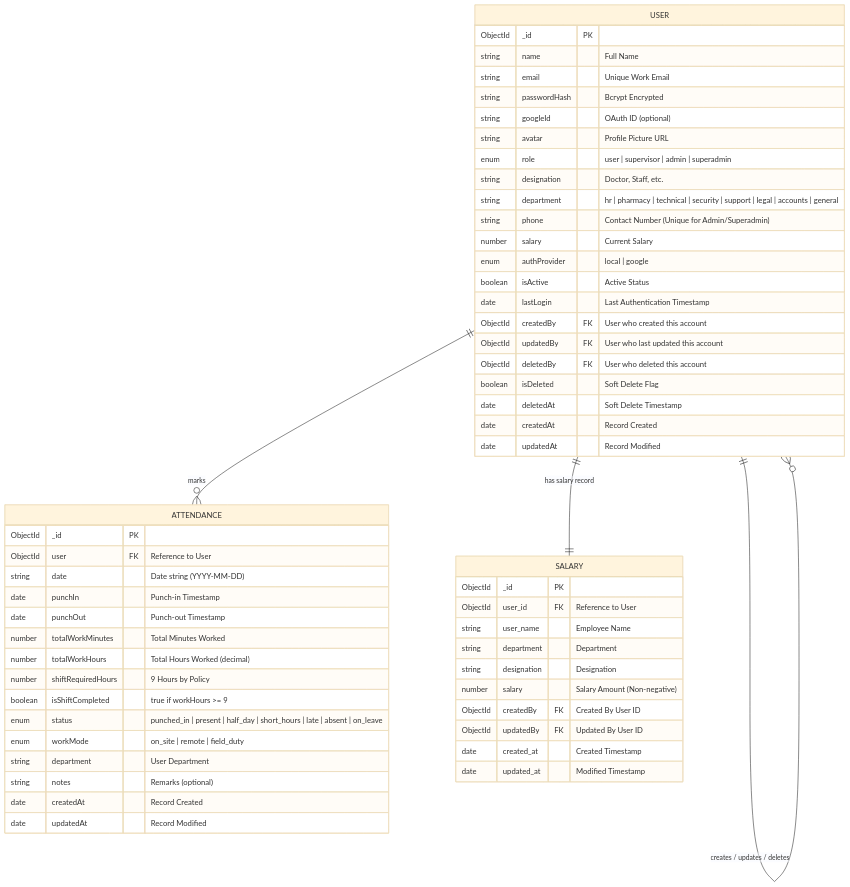
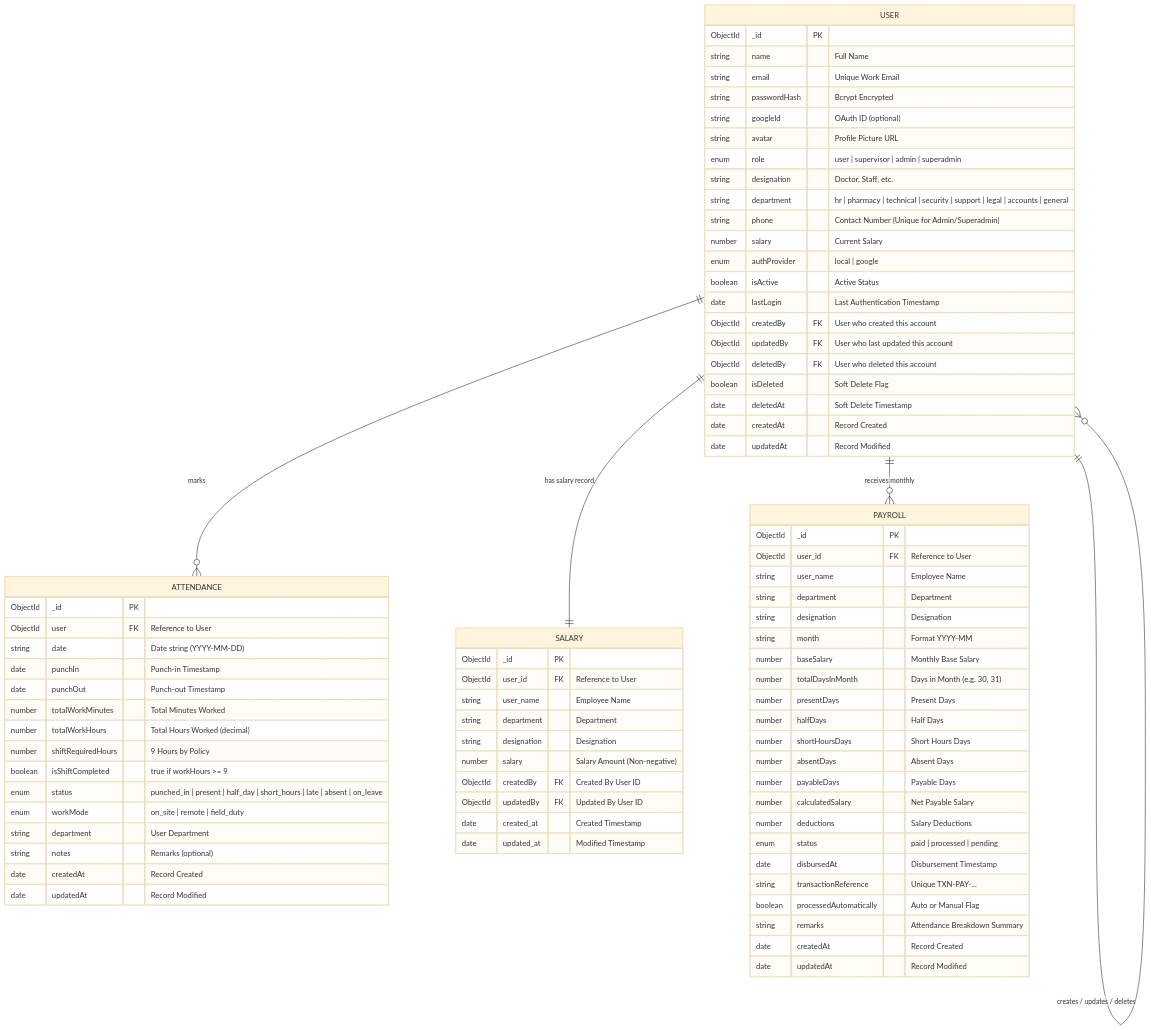
Before and after one commit to WaliaJatin42/MediPulseHospital: the first of 4 diagrams in README.md, drawn with Mermaid (base theme). The commit also changed other lines of this file and 14 other files, not shown here.

```diff
--- a/README.md
+++ b/README.md
@@ -26,6 +35,7 @@
     USER ||--o{ USER : "creates / updates / deletes"
     USER ||--o{ ATTENDANCE : "marks"
     USER ||--|| SALARY : "has salary record"
+    USER ||--o{ PAYROLL : "receives monthly"
 
     USER {
         ObjectId _id PK
@@ -64,6 +74,31 @@
         date updated_at "Modified Timestamp"
     }
 
+    PAYROLL {
+        ObjectId _id PK
+        ObjectId user_id FK "Reference to User"
+        string user_name "Employee Name"
+        string department "Department"
+        string designation "Designation"
+        string month "Format YYYY-MM"
+        number baseSalary "Monthly Base Salary"
+        number totalDaysInMonth "Days in Month (e.g. 30, 31)"
+        number presentDays "Present Days"
+        number halfDays "Half Days"
+        number shortHoursDays "Short Hours Days"
+        number absentDays "Absent Days"
+        number payableDays "Payable Days"
+        number calculatedSalary "Net Payable Salary"
+        number deductions "Salary Deductions"
+        enum status "paid | processed | pending"
+        date disbursedAt "Disbursement Timestamp"
+        string transactionReference "Unique TXN-PAY-..."
+        boolean processedAutomatically "Auto or Manual Flag"
+        string remarks "Attendance Breakdown Summary"
+        date createdAt "Record Created"
+        date updatedAt "Record Modified"
+    }
+
     ATTENDANCE {
         ObjectId _id PK
         ObjectId user FK "Reference to User"
```
